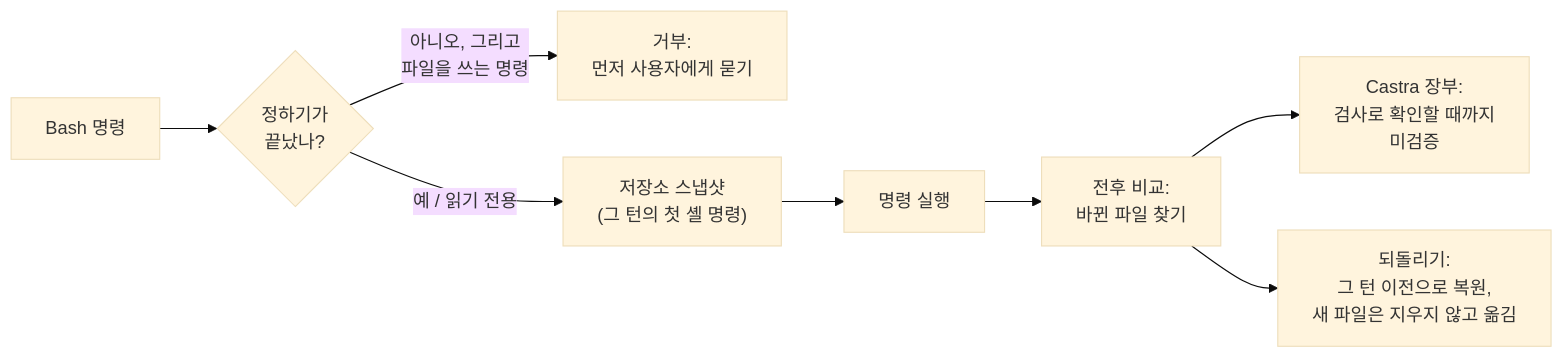
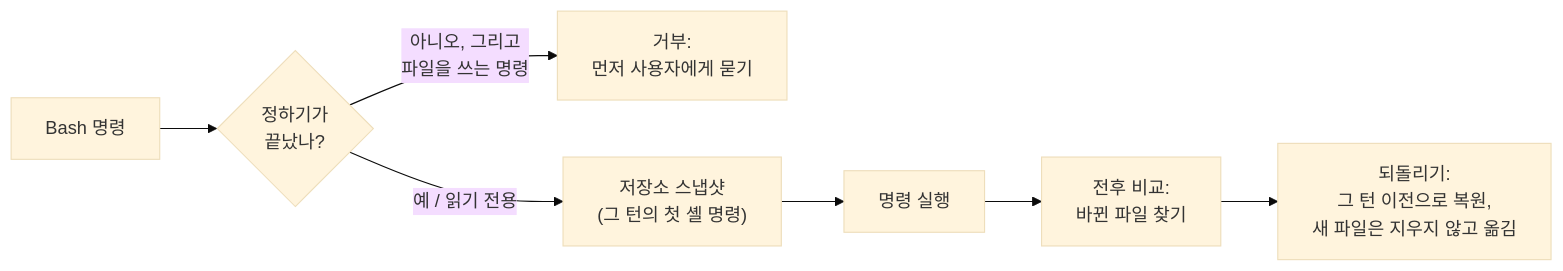
One commit to beyondworks/lean-forge-55 changed the diagram in README.ko.md. Above: the diagram before and after it, drawn with Mermaid (base theme). The commit also changed other lines of this file and 33 other files, not shown here.

````diff
--- a/README.ko.md
+++ b/README.ko.md
@@ -26,10 +39,9 @@
 ```mermaid
 flowchart LR
     C["Bash 명령"] --> W{"정하기가<br/>끝났나?"}
     W -- "아니오, 그리고<br/>파일을 쓰는 명령" --> D["거부:<br/>먼저 사용자에게 묻기"]
     W -- "예 / 읽기 전용" --> S["저장소 스냅샷<br/>(그 턴의 첫 셸 명령)"]
     S --> R["명령 실행"]
     R --> F["전후 비교:<br/>바뀐 파일 찾기"]
-    F --> L["Castra 장부:<br/>검사로 확인할 때까지<br/>미검증"]
     F --> U["되돌리기:<br/>그 턴 이전으로 복원,<br/>새 파일은 지우지 않고 옮김"]
 ```
````
